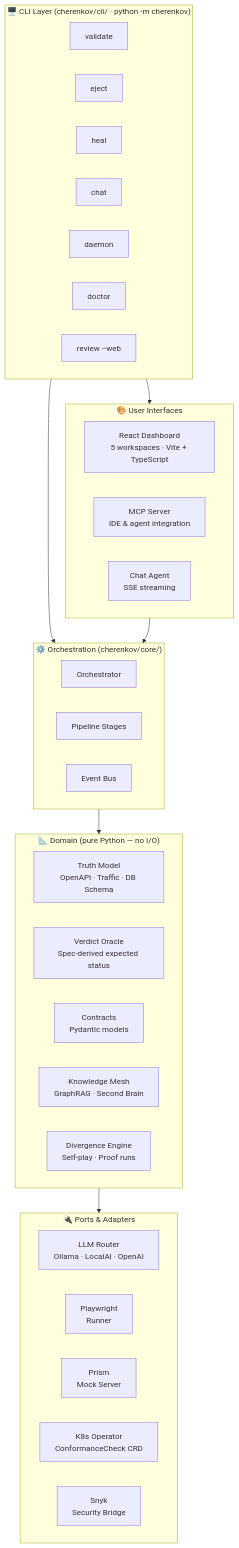
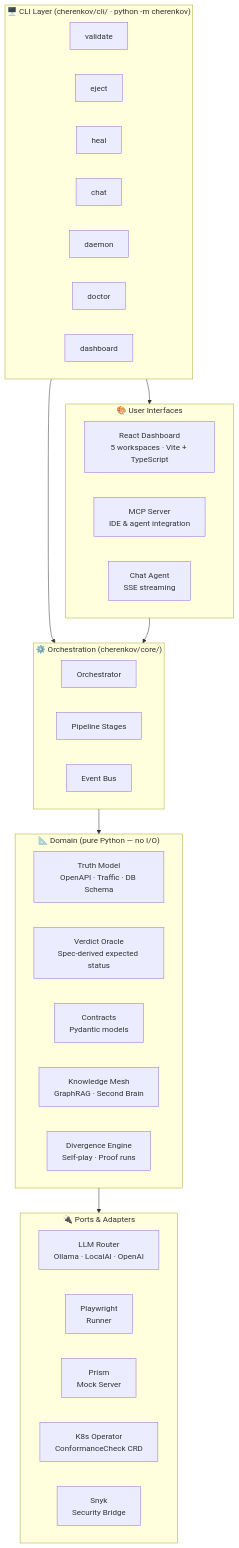
The first of 7 diagrams in docs/wiki/Architecture.md (moaidmoatasem/cherenkov-qa), drawn with Mermaid before and after one commit. The commit also changed 66 other files, not shown here.

````diff
--- a/docs/wiki/Architecture.md
+++ b/docs/wiki/Architecture.md
@@ -11,47 +11,47 @@
 ```mermaid
 graph TB
     subgraph CLI ["🖥️  CLI Layer  (cherenkov/cli/ · python -m cherenkov)"]
         direction LR
         VALIDATE[validate]
         EJECT[eject]
         HEAL[heal]
         CHAT[chat]
         DAEMON[daemon]
         DOCTOR[doctor]
-        REVIEW_WEB[review --web]
+        REVIEW_WEB[dashboard]
     end
 
     subgraph ORCH ["⚙️  Orchestration  (cherenkov/core/)"]
         ORC[Orchestrator]
         STAGES[Pipeline Stages]
         EVENTS[Event Bus]
     end
 
     subgraph DOMAIN ["📐  Domain  (pure Python — no I/O)"]
         TRUTH[Truth Model\nOpenAPI · Traffic · DB Schema]
         ORACLE[Verdict Oracle\nSpec-derived expected status]
         CONTRACTS[Contracts\nPydantic models]
         KNOWLEDGE[Knowledge Mesh\nGraphRAG · Second Brain]
         DIVERGENCE[Divergence Engine\nSelf-play · Proof runs]
     end
 
     subgraph ADAPTERS ["🔌  Ports & Adapters"]
         LLM[LLM Router\nOllama · LocalAI · OpenAI]
         PLAYWRIGHT[Playwright\nRunner]
         PRISM[Prism\nMock Server]
         K8S[K8s Operator\nConformanceCheck CRD]
         SNYK[Snyk\nSecurity Bridge]
     end
 
     subgraph INTERFACES ["🎨  User Interfaces"]
         WEB[React Dashboard\n5 workspaces · Vite + TypeScript]
         MCP_S[MCP Server\nIDE & agent integration]
         CHAT_I[Chat Agent\nSSE streaming]
     end
 
     CLI --> ORCH
     ORCH --> DOMAIN
     DOMAIN --> ADAPTERS
     CLI --> INTERFACES
     INTERFACES --> ORCH
 ```
````
